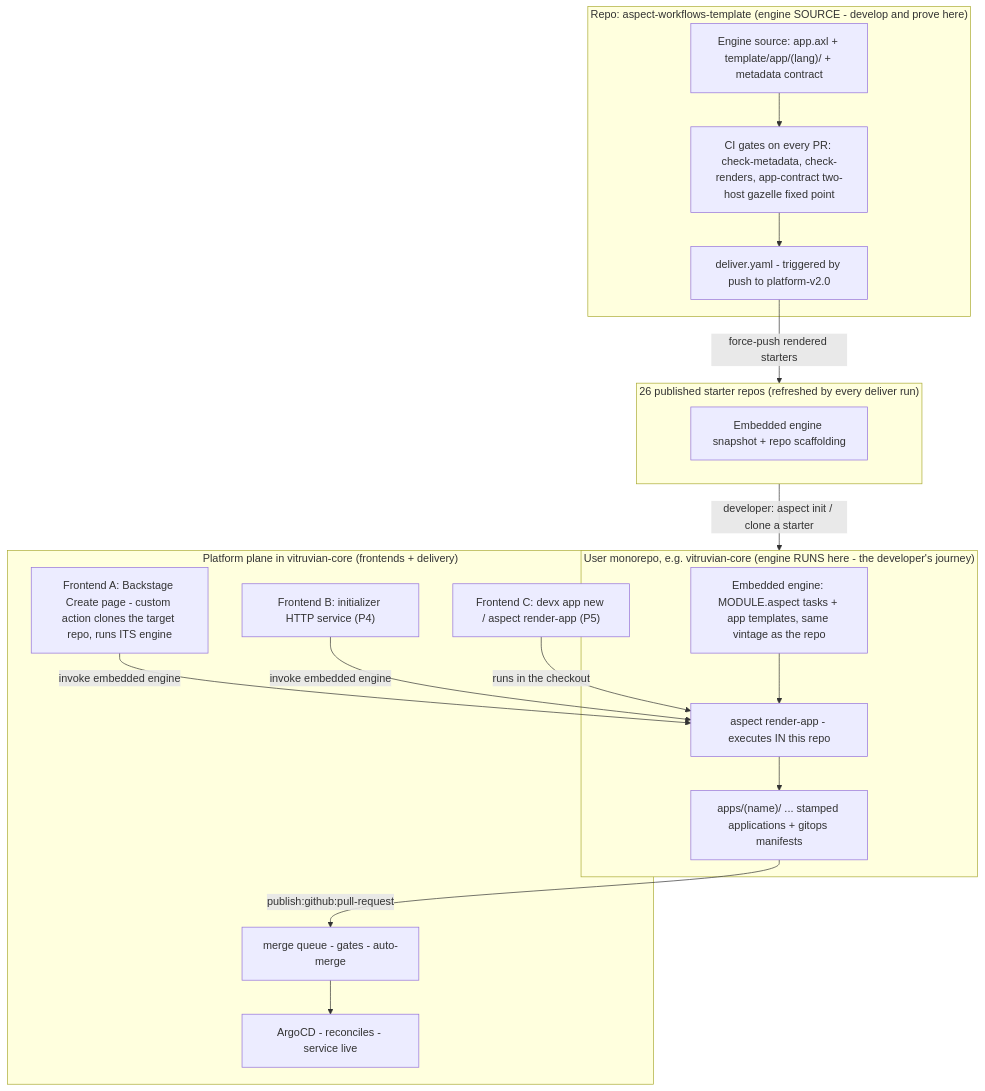
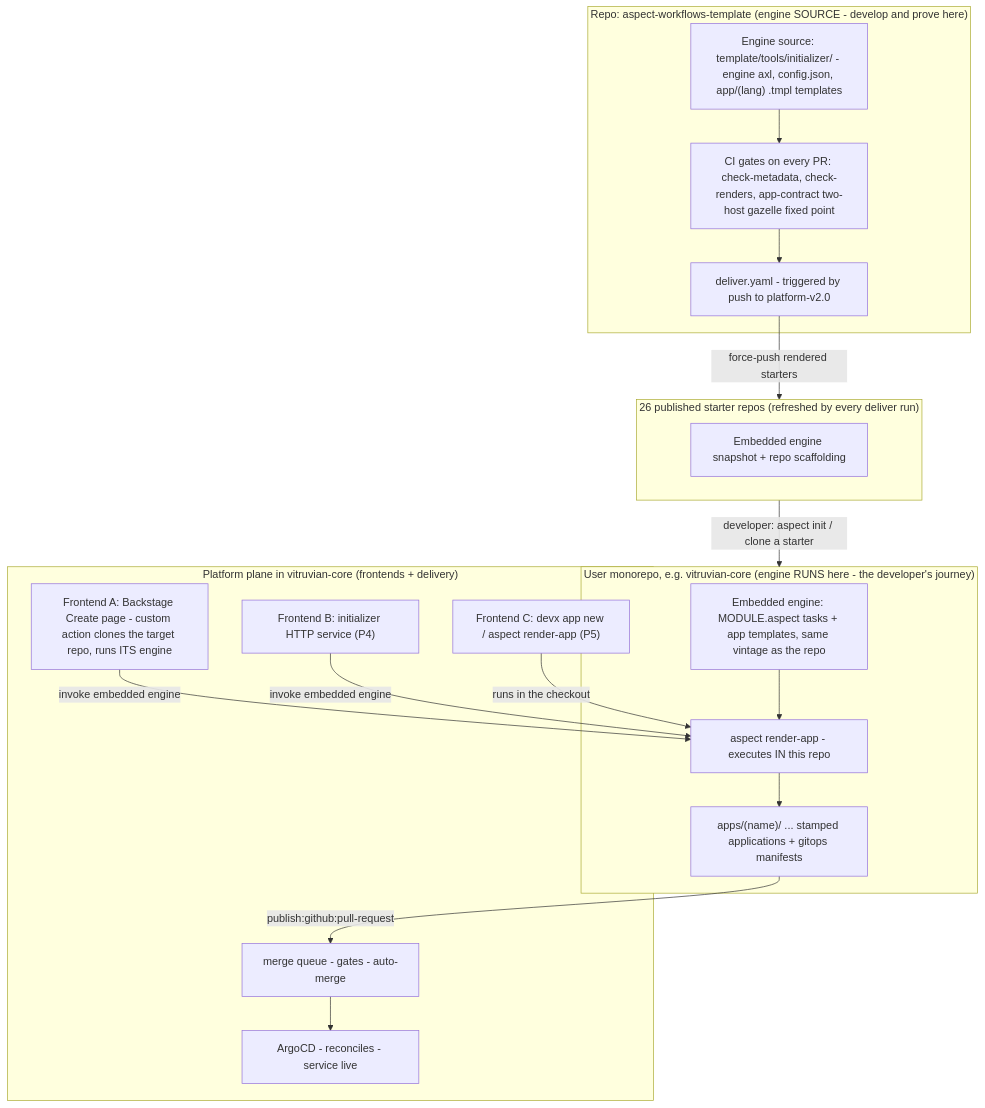
One commit to VitruvianSoftware/vitruvian-core changed the first of 2 diagrams in docs/superpowers/specs/2026-08-18-universal-initializer-design.md. Above: the diagram before and after it, drawn with Mermaid. The commit also changed other lines of this file, not shown here.

````diff
--- a/docs/superpowers/specs/2026-08-18-universal-initializer-design.md
+++ b/docs/superpowers/specs/2026-08-18-universal-initializer-design.md
@@ -109,35 +109,35 @@
 ```mermaid
 flowchart TB
     subgraph AWT["Repo: aspect-workflows-template  (engine SOURCE - develop and prove here)"]
-        ENG["Engine source: app.axl + template/app/(lang)/ + metadata contract"]
+        ENG["Engine source: template/tools/initializer/ - engine axl, config.json, app/(lang) .tmpl templates"]
         GATES["CI gates on every PR: check-metadata, check-renders, app-contract two-host gazelle fixed point"]
         DELIVER["deliver.yaml - triggered by push to platform-v2.0"]
         ENG --> GATES --> DELIVER
     end
 
     subgraph STARTERS["26 published starter repos  (refreshed by every deliver run)"]
         SNAP1["Embedded engine snapshot + repo scaffolding"]
     end
 
     subgraph USER["User monorepo, e.g. vitruvian-core  (engine RUNS here - the developer's journey)"]
         SNAP2["Embedded engine: MODULE.aspect tasks + app templates, same vintage as the repo"]
         RAPP["aspect render-app - executes IN this repo"]
         APPS["apps/(name)/ ... stamped applications + gitops manifests"]
         SNAP2 --> RAPP --> APPS
     end
 
     subgraph PLATFORM["Platform plane in vitruvian-core  (frontends + delivery)"]
         BS["Frontend A: Backstage Create page - custom action clones the target repo, runs ITS engine"]
         SVC["Frontend B: initializer HTTP service (P4)"]
         CLI["Frontend C: devx app new / aspect render-app (P5)"]
         MQ["merge queue - gates - auto-merge"]
         ARGO["ArgoCD - reconciles - service live"]
     end
 
     DELIVER -- "force-push rendered starters" --> STARTERS
     STARTERS -- "developer: aspect init / clone a starter" --> USER
     BS -- "invoke embedded engine" --> RAPP
     SVC -- "invoke embedded engine" --> RAPP
     CLI -- "runs in the checkout" --> RAPP
     APPS -- "publish:github:pull-request" --> MQ --> ARGO
 ```
````
